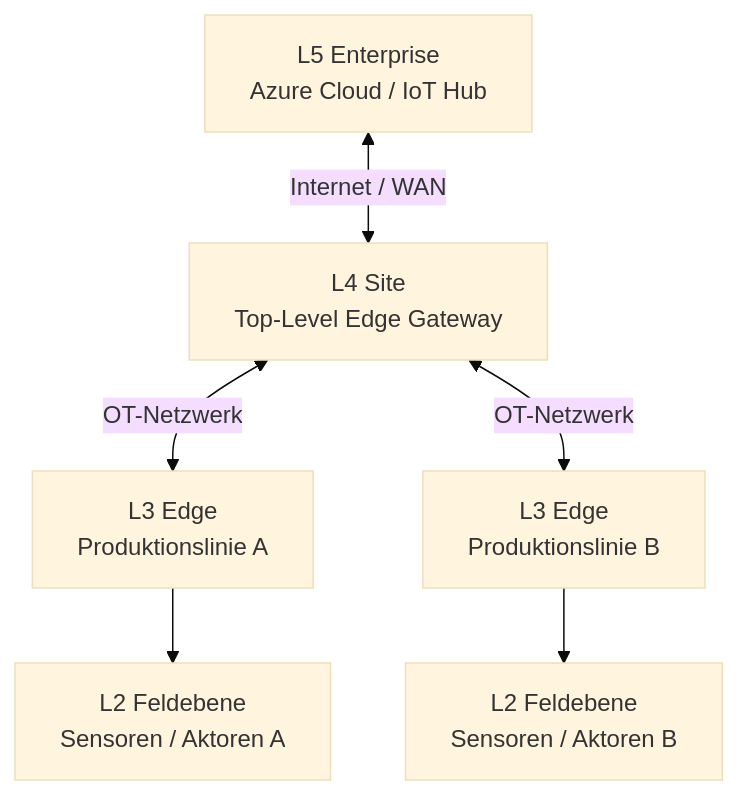
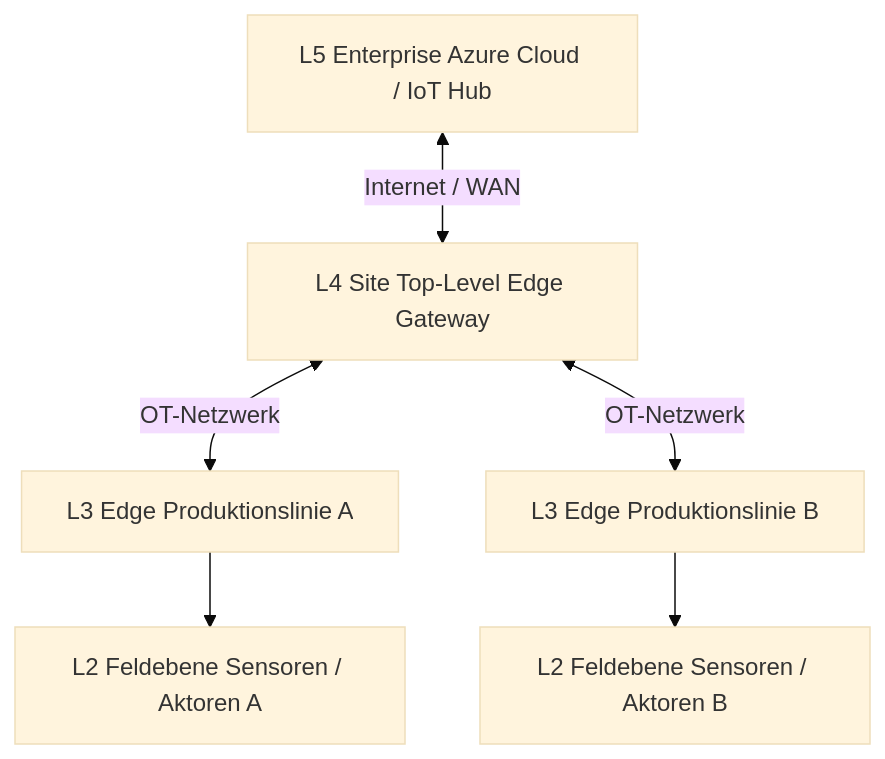
Before and after one commit to SoniiiT/notes-n-docs: the fourth of 5 diagrams in Microsoft 365/Azure/IoT/Azure IoT Edge.md, drawn with Mermaid (base theme). The commit also changed other lines of this file and 124 other files, not shown here.

First line of the commit message:
fix: Entferne \n aus allen Mermaid-Diagrammen (125 Dateien)

````diff
--- a/Microsoft 365/Azure/IoT/Azure IoT Edge.md
+++ b/Microsoft 365/Azure/IoT/Azure IoT Edge.md
@@ -466,15 +466,15 @@
 ```mermaid
 graph TD
-    L5["L5 Enterprise\nAzure Cloud / IoT Hub"]
-    L4["L4 Site\nTop-Level Edge Gateway"]
-    L3a["L3 Edge\nProduktionslinie A"]
-    L3b["L3 Edge\nProduktionslinie B"]
-    L2a["L2 Feldebene\nSensoren / Aktoren A"]
-    L2b["L2 Feldebene\nSensoren / Aktoren B"]
+    L5["L5 Enterprise Azure Cloud / IoT Hub"]
+    L4["L4 Site Top-Level Edge Gateway"]
+    L3a["L3 Edge Produktionslinie A"]
+    L3b["L3 Edge Produktionslinie B"]
+    L2a["L2 Feldebene Sensoren / Aktoren A"]
+    L2b["L2 Feldebene Sensoren / Aktoren B"]
 
     L5 <-->|"Internet / WAN"| L4
     L4 <-->|"OT-Netzwerk"| L3a
     L4 <-->|"OT-Netzwerk"| L3b
     L3a --> L2a
     L3b --> L2b
 ```
````
